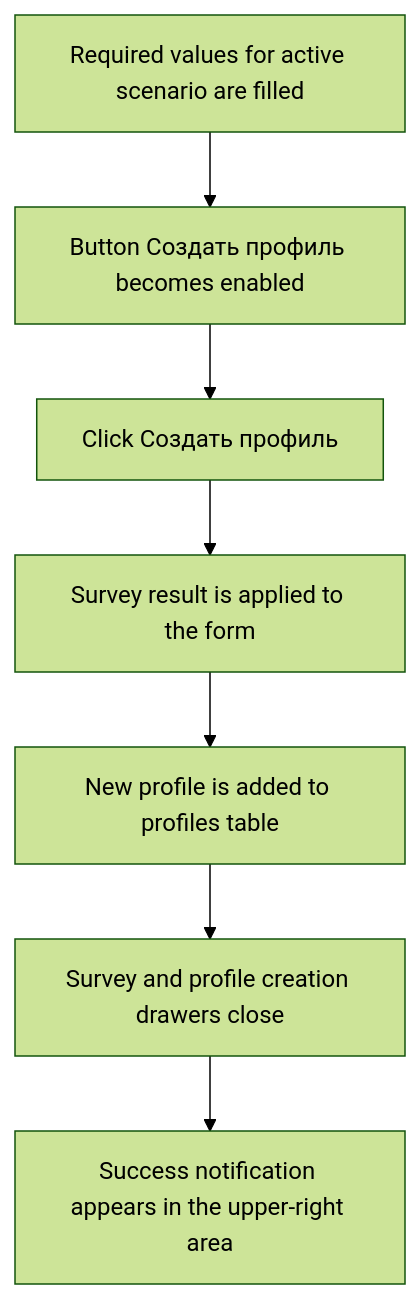
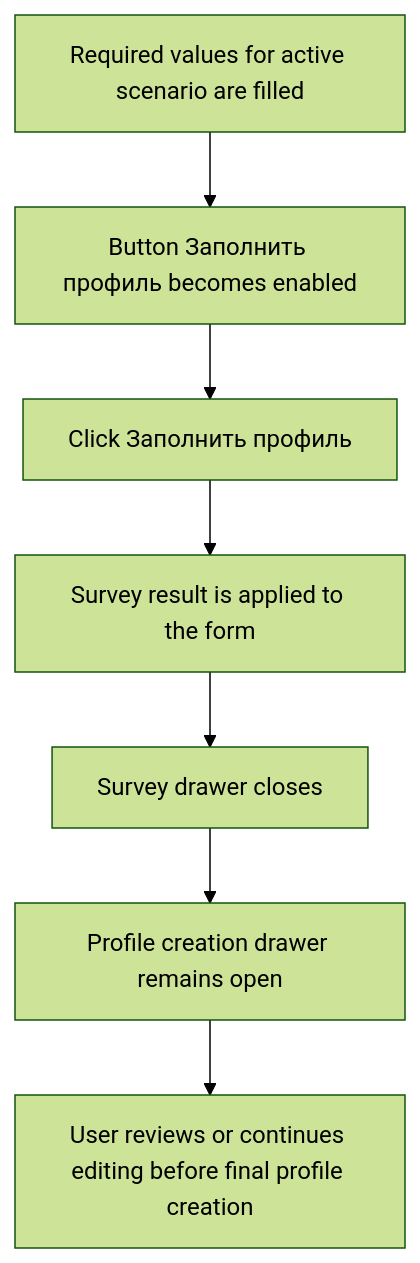
Before and after one commit to Anton-Sukhankin/HR-Profiling-Block: the sixth of 7 diagrams in docs/components/profile-survey/user-flows.md, drawn with Mermaid (forest theme). The commit also changed other lines of this file and 12 other files, not shown here.

````diff
--- a/docs/components/profile-survey/user-flows.md
+++ b/docs/components/profile-survey/user-flows.md
@@ -67,9 +67,9 @@
 ```mermaid
 flowchart TD
-  A["Required values for active scenario are filled"] --> B["Button Создать профиль becomes enabled"]
-  B --> C["Click Создать профиль"]
+  A["Required values for active scenario are filled"] --> B["Button Заполнить профиль becomes enabled"]
+  B --> C["Click Заполнить профиль"]
   C --> D["Survey result is applied to the form"]
-  D --> E["New profile is added to profiles table"]
-  E --> F["Survey and profile creation drawers close"]
-  F --> G["Success notification appears in the upper-right area"]
+  D --> E["Survey drawer closes"]
+  E --> F["Profile creation drawer remains open"]
+  F --> G["User reviews or continues editing before final profile creation"]
 ```
````
